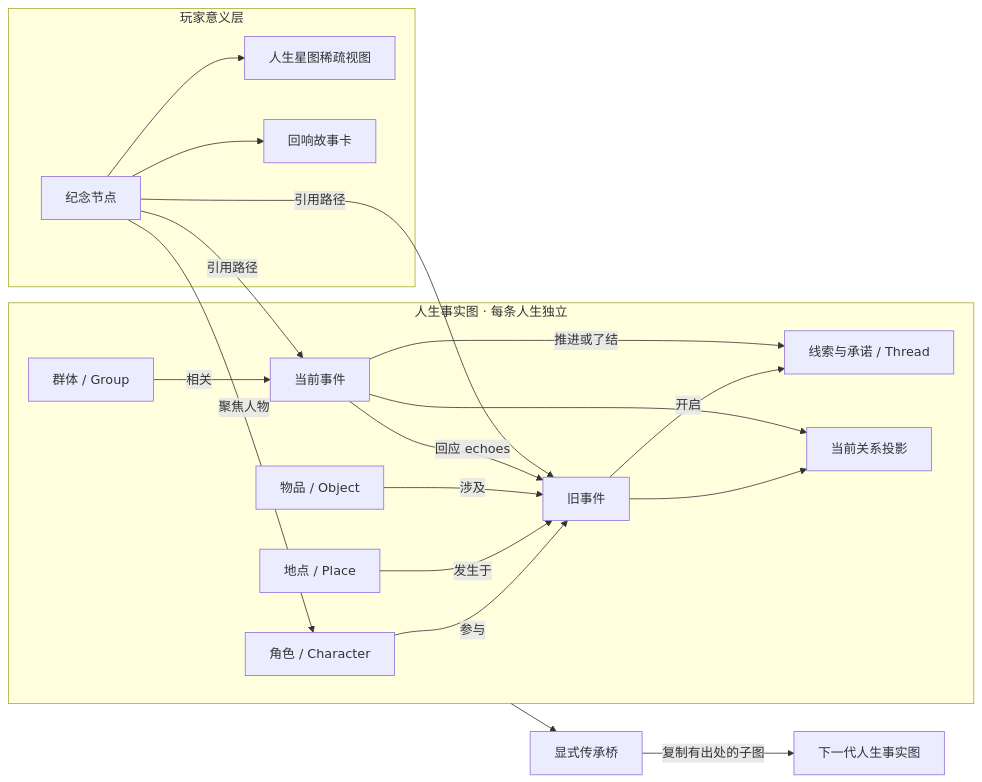
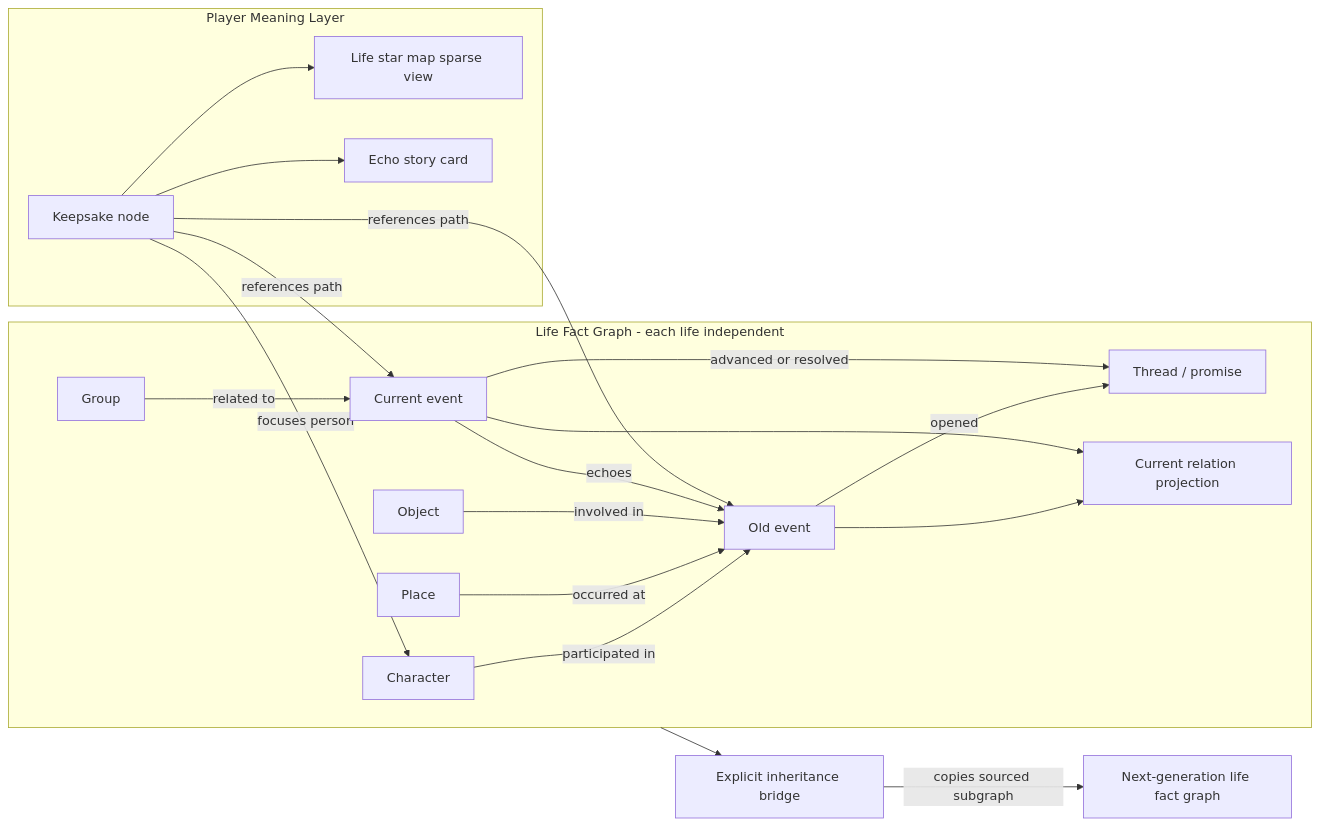
One commit to buluoray/KiroCrewApp-Endless-Worlds changed the diagram in docs/design/memory-graph-design.md. Above: the diagram before and after it, drawn with Mermaid. The commit also changed other lines of this file and 6 other files, not shown here.

````diff
--- a/docs/design/memory-graph-design.md
+++ b/docs/design/memory-graph-design.md
@@ -65,38 +65,38 @@
 ```mermaid
 flowchart LR
-    subgraph FactGraph[人生事实图 · 每条人生独立]
-        C[角色 / Character]
-        P[地点 / Place]
-        G[群体 / Group]
-        O[物品 / Object]
-        T[线索与承诺 / Thread]
-        E1[旧事件]
-        E2[当前事件]
-        R[当前关系投影]
+    subgraph FactGraph[Life Fact Graph - each life independent]
+        C[Character]
+        P[Place]
+        G[Group]
+        O[Object]
+        T[Thread / promise]
+        E1[Old event]
+        E2[Current event]
+        R[Current relation projection]
 
-        C -->|参与| E1
-        P -->|发生于| E1
-        O -->|涉及| E1
-        E1 -->|开启| T
-        E2 -->|回应 echoes| E1
-        E2 -->|推进或了结| T
+        C -->|participated in| E1
+        P -->|occurred at| E1
+        O -->|involved in| E1
+        E1 -->|opened| T
+        E2 -->|echoes| E1
+        E2 -->|advanced or resolved| T
         E1 --> R
         E2 --> R
-        G -->|相关| E2
+        G -->|related to| E2
     end
 
-    subgraph PlayerLayer[玩家意义层]
-        K[纪念节点]
-        S[人生星图稀疏视图]
-        Card[回响故事卡]
+    subgraph PlayerLayer[Player Meaning Layer]
+        K[Keepsake node]
+        S[Life star map sparse view]
+        Card[Echo story card]
     end
 
-    K -->|引用路径| E1
-    K -->|引用路径| E2
-    K -->|聚焦人物| C
+    K -->|references path| E1
+    K -->|references path| E2
+    K -->|focuses person| C
     K --> S
     K --> Card
 
-    Bridge[显式传承桥] -->|复制有出处的子图| Next[下一代人生事实图]
+    Bridge[Explicit inheritance bridge] -->|copies sourced subgraph| Next[Next-generation life fact graph]
     FactGraph --> Bridge
 ```
````
